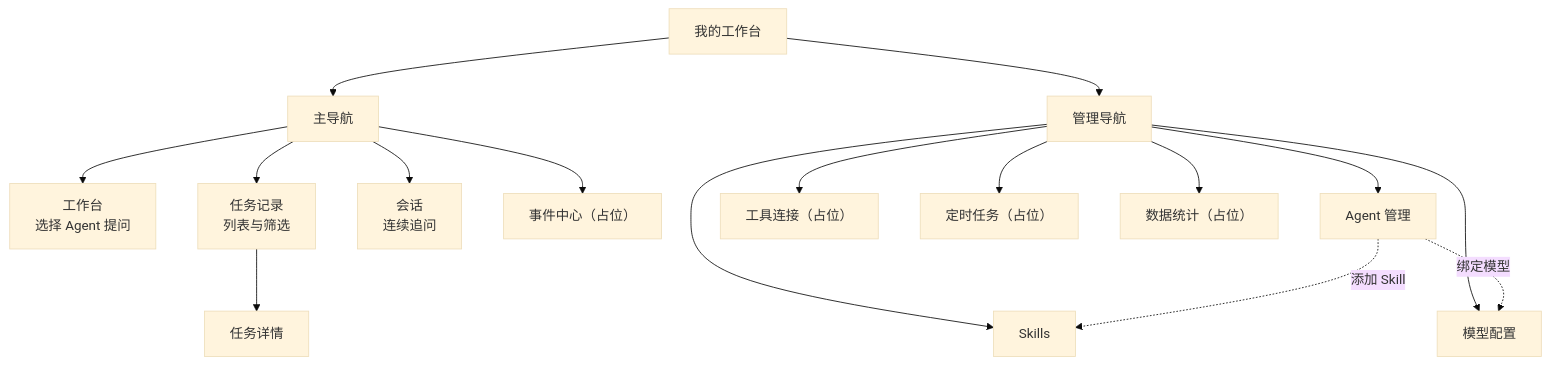
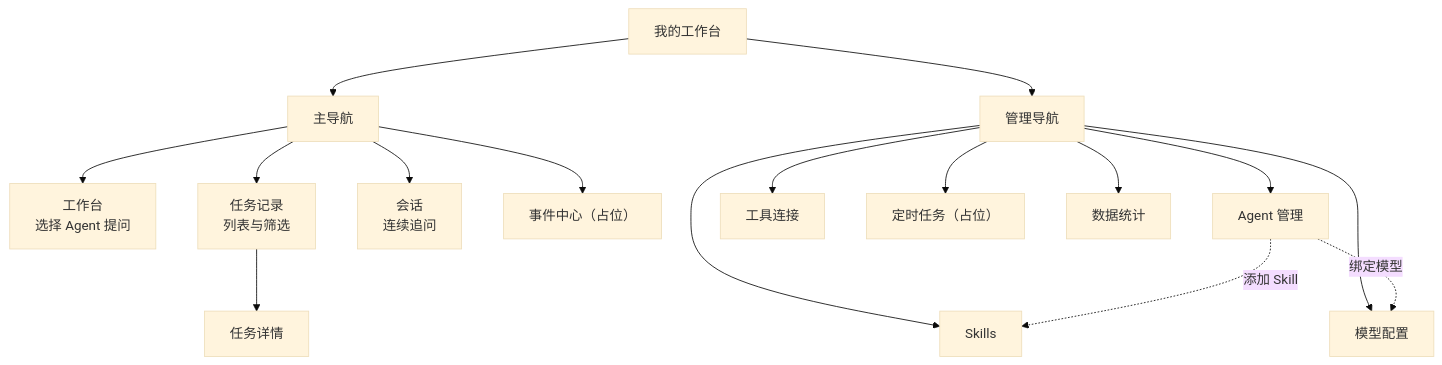
Diagram 11 of 16 in docs/01-product.md (wxquare/workbench), drawn with Mermaid (base theme) before and after one commit. The commit also changed other lines of this file and 85 other files, not shown here.

Commit message:
feat: deliver next workbench reliability and review flows

````diff
--- a/docs/01-product.md
+++ b/docs/01-product.md
@@ -447,18 +447,18 @@
 ```mermaid
 flowchart TB
     HOME["我的工作台"] --> MAIN["主导航"]
     HOME --> ADMIN["管理导航"]
     MAIN --> P1["工作台<br/>选择 Agent 提问"]
     MAIN --> P2["任务记录<br/>列表与筛选"]
     P2 --> P2D["任务详情"]
     MAIN --> P3["会话<br/>连续追问"]
     MAIN --> P4["事件中心（占位）"]
     ADMIN --> M1["Agent 管理"]
     ADMIN --> M2["模型配置"]
     ADMIN --> M3["Skills"]
-    ADMIN --> M4["工具连接（占位）"]
+    ADMIN --> M4["工具连接"]
     ADMIN --> M5["定时任务（占位）"]
-    ADMIN --> M6["数据统计（占位）"]
+    ADMIN --> M6["数据统计"]
     M1 -. 添加 Skill .-> M3
     M1 -. 绑定模型 .-> M2
 ```
````
